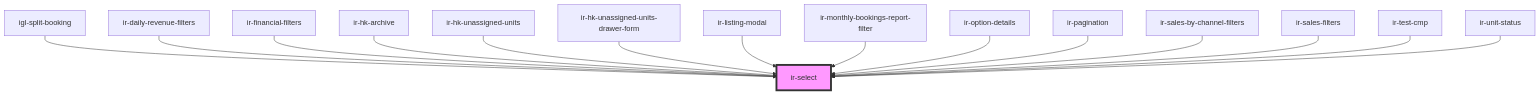
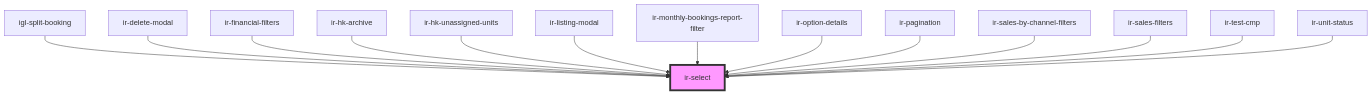
One commit to RonyRizk/ir-webcmp changed the diagram in src/components/ui/ir-select/readme.md. Above: the diagram before and after it, drawn with Mermaid. The commit also changed other lines of this file and 35 other files, not shown here.

````diff
--- a/src/components/ui/ir-select/readme.md
+++ b/src/components/ui/ir-select/readme.md
@@ -77,18 +76,17 @@
 ```mermaid
 graph TD;
   igl-split-booking --> ir-select
-  ir-daily-revenue-filters --> ir-select
+  ir-delete-modal --> ir-select
   ir-financial-filters --> ir-select
   ir-hk-archive --> ir-select
   ir-hk-unassigned-units --> ir-select
-  ir-hk-unassigned-units-drawer-form --> ir-select
   ir-listing-modal --> ir-select
   ir-monthly-bookings-report-filter --> ir-select
   ir-option-details --> ir-select
   ir-pagination --> ir-select
   ir-sales-by-channel-filters --> ir-select
   ir-sales-filters --> ir-select
   ir-test-cmp --> ir-select
   ir-unit-status --> ir-select
   style ir-select fill:#f9f,stroke:#333,stroke-width:4px
 ```
````
